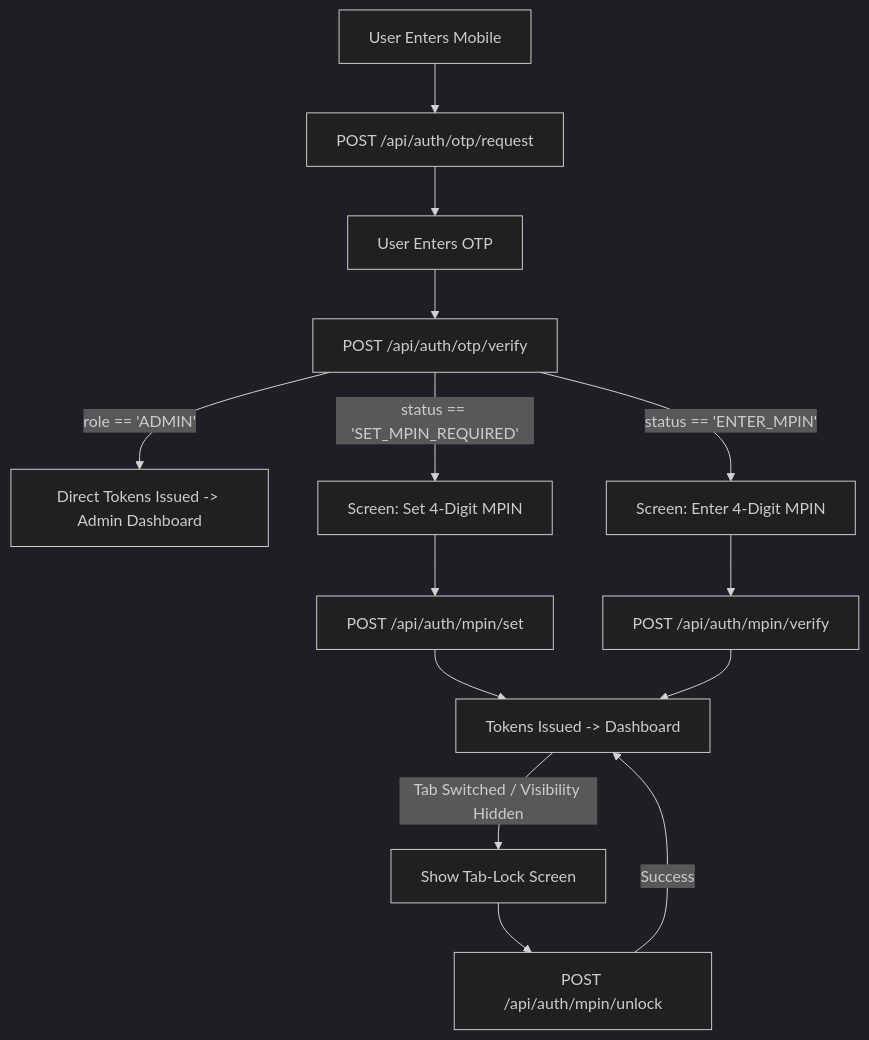
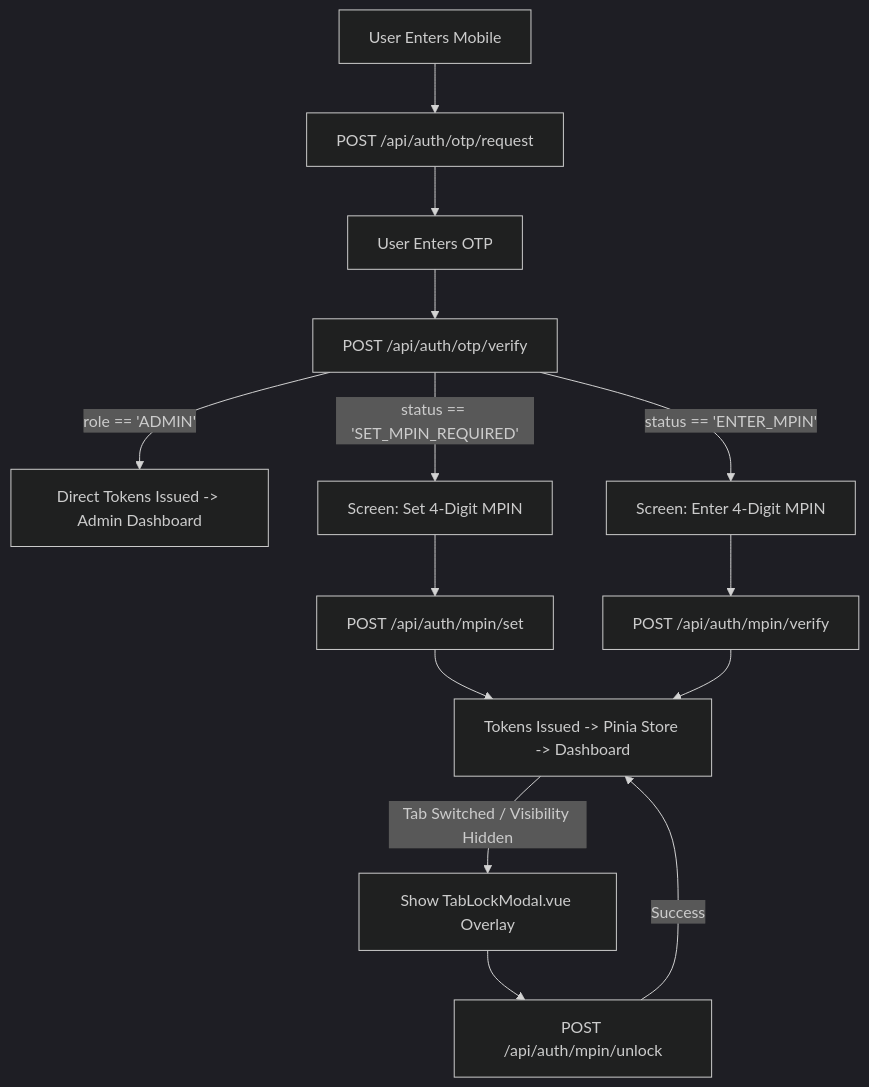
One commit to omkarswami20/VistoraServer changed the diagram in docs/frontendauth.md. Above: the diagram before and after it, drawn with Mermaid (dark theme). The commit also changed other lines of this file and 2 other files, not shown here.

````diff
--- a/docs/frontendauth.md
+++ b/docs/frontendauth.md
@@ -35,20 +36,20 @@
 ```mermaid
 flowchart TD
     A[User Enters Mobile] --> B[POST /api/auth/otp/request]
     B --> C[User Enters OTP]
     C --> D[POST /api/auth/otp/verify]
     
     D -->|role == 'ADMIN'| E[Direct Tokens Issued -> Admin Dashboard]
     
     D -->|status == 'SET_MPIN_REQUIRED'| F[Screen: Set 4-Digit MPIN]
     F --> G[POST /api/auth/mpin/set]
-    G --> H[Tokens Issued -> Dashboard]
+    G --> H[Tokens Issued -> Pinia Store -> Dashboard]
     
     D -->|status == 'ENTER_MPIN'| I[Screen: Enter 4-Digit MPIN]
     I --> J[POST /api/auth/mpin/verify]
     J --> H
 
-    H -->|Tab Switched / Visibility Hidden| K[Show Tab-Lock Screen]
+    H -->|Tab Switched / Visibility Hidden| K[Show TabLockModal.vue Overlay]
     K --> L[POST /api/auth/mpin/unlock]
     L -->|Success| H
 ```
````
